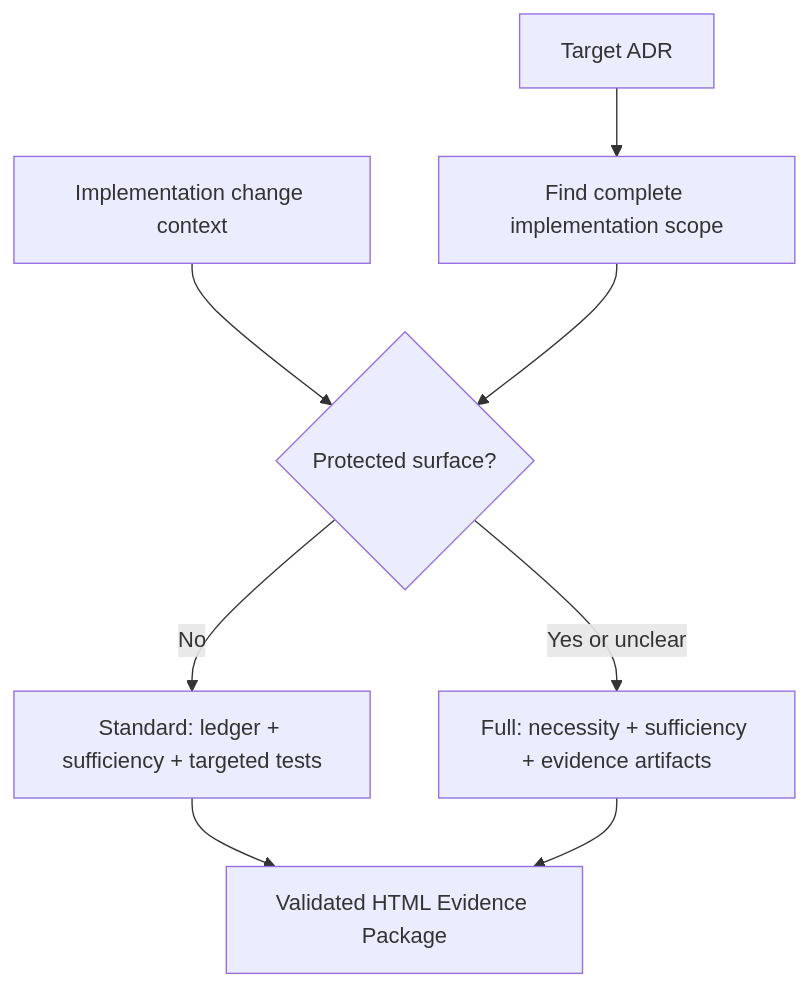
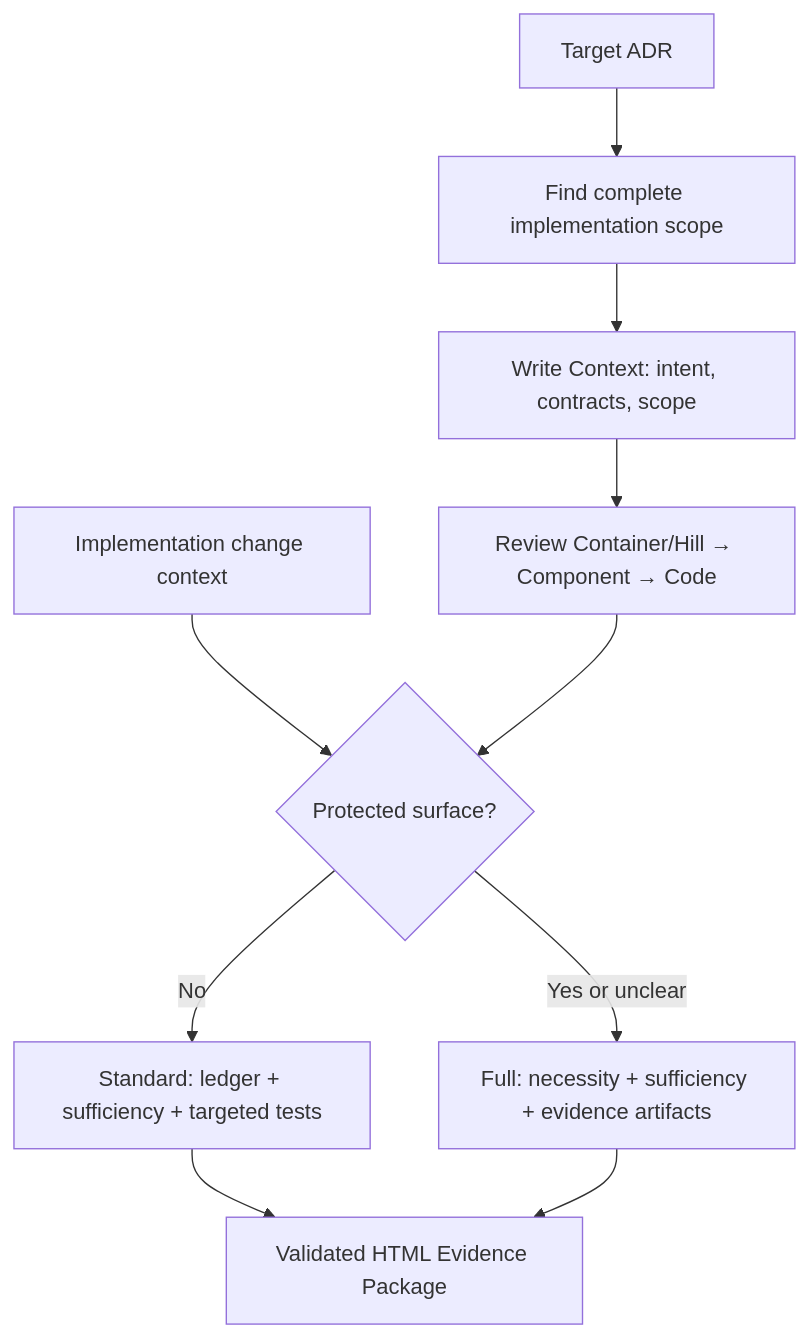
Before and after one commit to haandol/alps-writer-plugins: the diagram in plugins/adr-writer/skills/adr-impl-review/SKILL.md, drawn with Mermaid. The commit also changed other lines of this file and 56 other files, not shown here.

````diff
--- a/plugins/adr-writer/skills/adr-impl-review/SKILL.md
+++ b/plugins/adr-writer/skills/adr-impl-review/SKILL.md
@@ -11,10 +11,12 @@
 ```mermaid
 flowchart TD
     ADR["Target ADR"] --> SCOPE["Find complete implementation scope"]
+    SCOPE --> CONTEXT["Write Context: intent, contracts, scope"]
+    CONTEXT --> HIKE["Review Container/Hill → Component → Code"]
     CHANGE["Implementation change context"] --> RISK{"Protected surface?"}
-    SCOPE --> RISK
+    HIKE --> RISK
     RISK -->|No| STANDARD["Standard: ledger + sufficiency + targeted tests"]
     RISK -->|Yes or unclear| FULL["Full: necessity + sufficiency + evidence artifacts"]
     STANDARD --> RULING["Validated HTML Evidence Package"]
     FULL --> RULING
 ```
````
